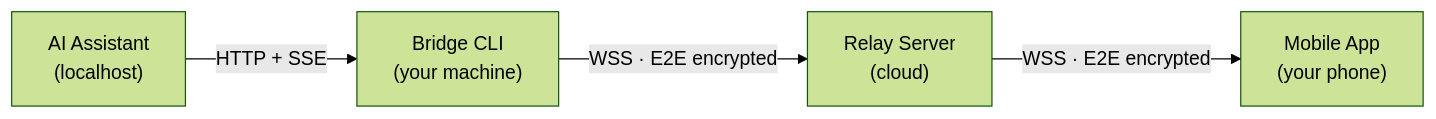
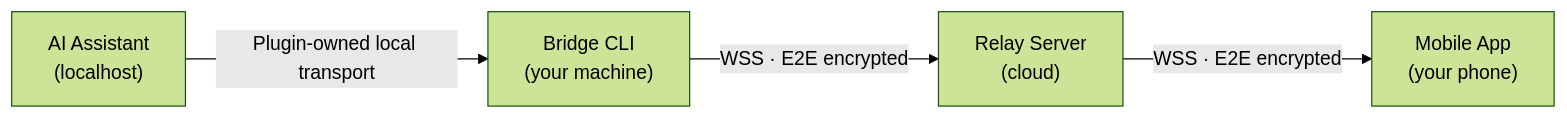
The second of 2 diagrams in docs/ARCHITECTURE.md (sesori-ai/sesori_apps_monorepo), drawn with Mermaid (forest theme) before and after one commit. The commit also changed other lines of this file and 11 other files, not shown here.

````diff
--- a/docs/ARCHITECTURE.md
+++ b/docs/ARCHITECTURE.md
@@ -129,6 +130,6 @@
 ```mermaid
 graph LR
-  OC["AI Assistant<br/>(localhost)"] -- "HTTP + SSE" --> B["Bridge CLI<br/>(your machine)"]
+  OC["AI Assistant<br/>(localhost)"] -- "Plugin-owned local transport" --> B["Bridge CLI<br/>(your machine)"]
   B -- "WSS · E2E encrypted" --> R["Relay Server<br/>(cloud)"]
   R -- "WSS · E2E encrypted" --> M["Mobile App<br/>(your phone)"]
 ```
````
